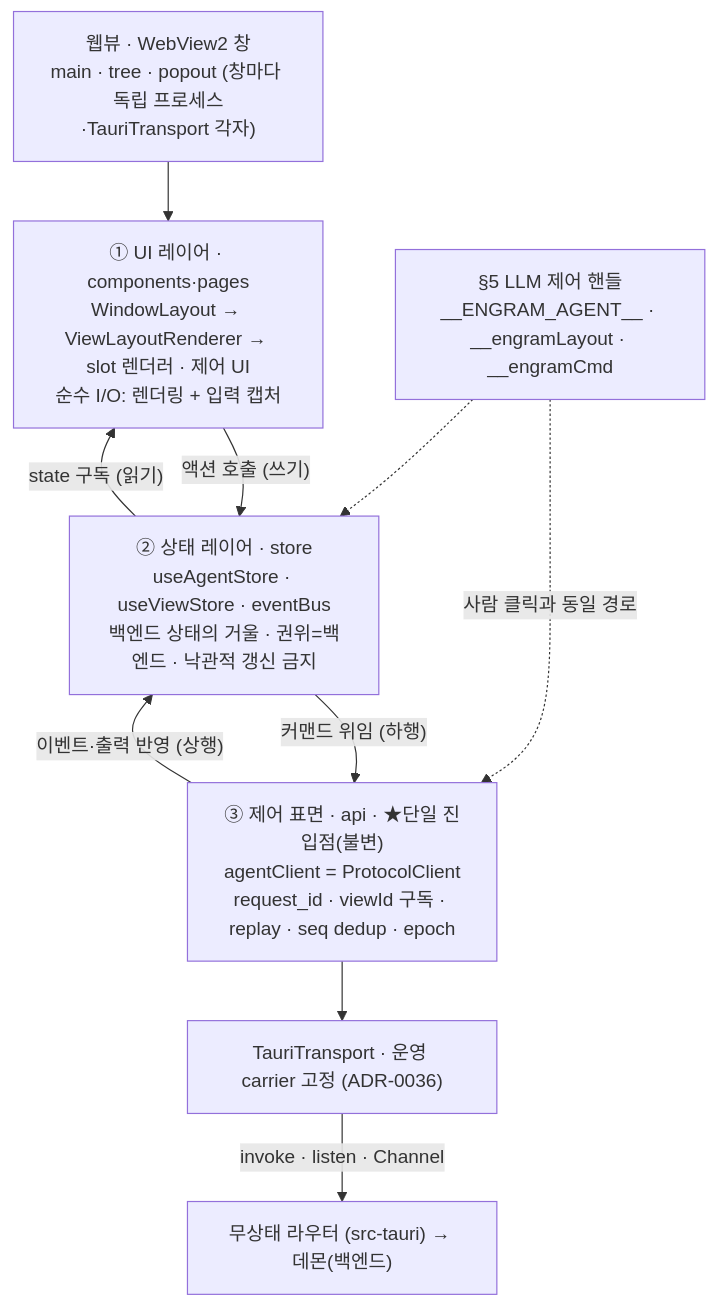
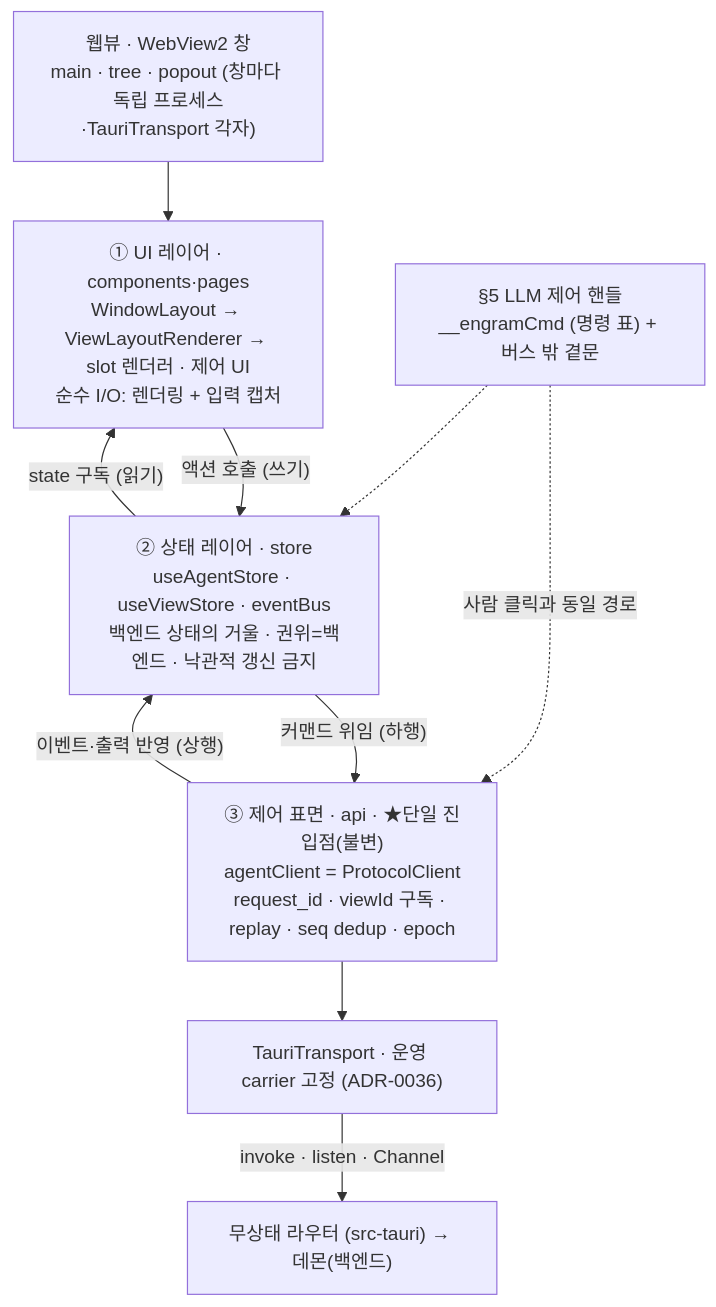
One commit to kimsunzun/engram-dashboard changed diagram 11 of 20 in docs/reference/architecture-overview.md. Above: the diagram before and after it, drawn with Mermaid. The commit also changed 10 other files, not shown here.

````diff
--- a/docs/reference/architecture-overview.md
+++ b/docs/reference/architecture-overview.md
@@ -428,20 +428,20 @@
 ```mermaid
 flowchart TD
   WV["웹뷰 · WebView2 창<br/>main · tree · popout (창마다 독립 프로세스·TauriTransport 각자)"]
   UI["① UI 레이어 · components·pages<br/>WindowLayout → ViewLayoutRenderer → slot 렌더러 · 제어 UI<br/>순수 I/O: 렌더링 + 입력 캡처"]
   ST["② 상태 레이어 · store<br/>useAgentStore · useViewStore · eventBus<br/>백엔드 상태의 거울 · 권위=백엔드 · 낙관적 갱신 금지"]
   CS["③ 제어 표면 · api · ★단일 진입점(불변)<br/>agentClient = ProtocolClient<br/>request_id · viewId 구독 · replay · seq dedup · epoch"]
   TT["TauriTransport · 운영 carrier 고정 (ADR-0036)"]
   BE["무상태 라우터 (src-tauri) → 데몬(백엔드)"]
-  LLM["§5 LLM 제어 핸들<br/>__ENGRAM_AGENT__ · __engramLayout · __engramCmd"]
+  LLM["§5 LLM 제어 핸들<br/>__engramCmd (명령 표) + 버스 밖 곁문"]
 
   WV --> UI
   UI -->|"액션 호출 (쓰기)"| ST
   ST -->|"state 구독 (읽기)"| UI
   ST -->|"커맨드 위임 (하행)"| CS
   CS -->|"이벤트·출력 반영 (상행)"| ST
   CS --> TT
   TT -->|"invoke · listen · Channel"| BE
   LLM -.->|"사람 클릭과 동일 경로"| CS
   LLM -.-> ST
 ```
````
